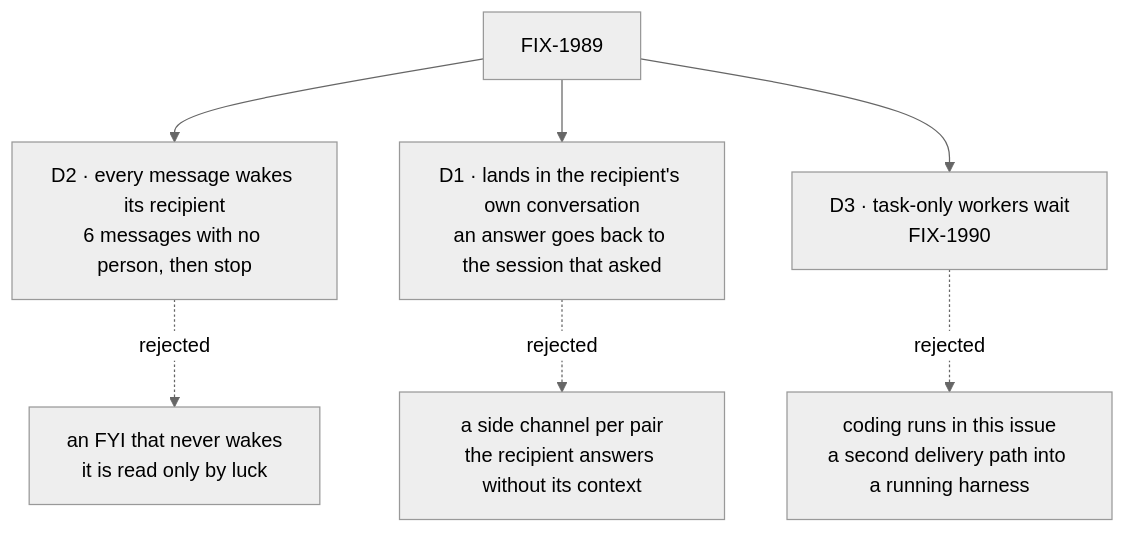
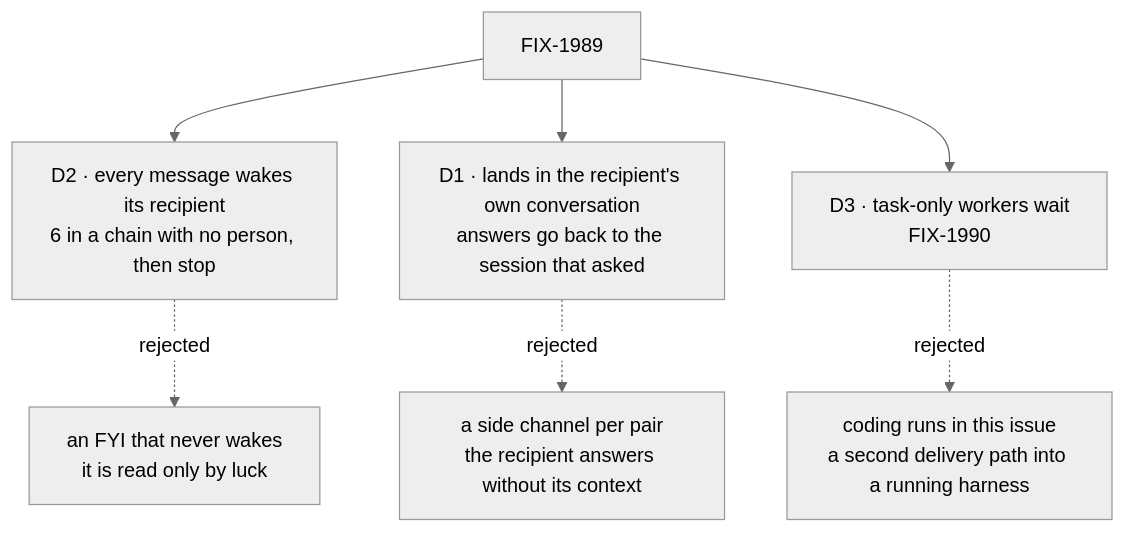
One commit to fixpoint-labs/flow-state-dev changed the diagram in specs/issues/FIX-1989/DECISIONS.md. Above: the diagram before and after it, drawn with Mermaid (neutral theme). The commit also changed other lines of this file and 2 other files, not shown here.

First line of the commit message:
spec(FIX-1989): fold validation: computed conversation address, wait for tasks, hop count across turns

````diff
--- a/specs/issues/FIX-1989/DECISIONS.md
+++ b/specs/issues/FIX-1989/DECISIONS.md
@@ -10,9 +10,9 @@
 ```mermaid
 flowchart TD
-  I["FIX-1989"] --> D2["D2 · every message wakes its recipient<br/>6 messages with no person, then stop"]
+  I["FIX-1989"] --> D2["D2 · every message wakes its recipient<br/>6 in a chain with no person, then stop"]
   D2 -.->|"rejected"| X2["an FYI that never wakes<br/>it is read only by luck"]
-  I --> D1["D1 · lands in the recipient's own conversation<br/>an answer goes back to the session that asked"]
+  I --> D1["D1 · lands in the recipient's own conversation<br/>answers go back to the session that asked"]
   D1 -.->|"rejected"| X1["a side channel per pair<br/>the recipient answers without its context"]
   I --> D3["D3 · task-only workers wait<br/>FIX-1990"]
   D3 -.->|"rejected"| X3["coding runs in this issue<br/>a second delivery path into a running harness"]
 ```
````
